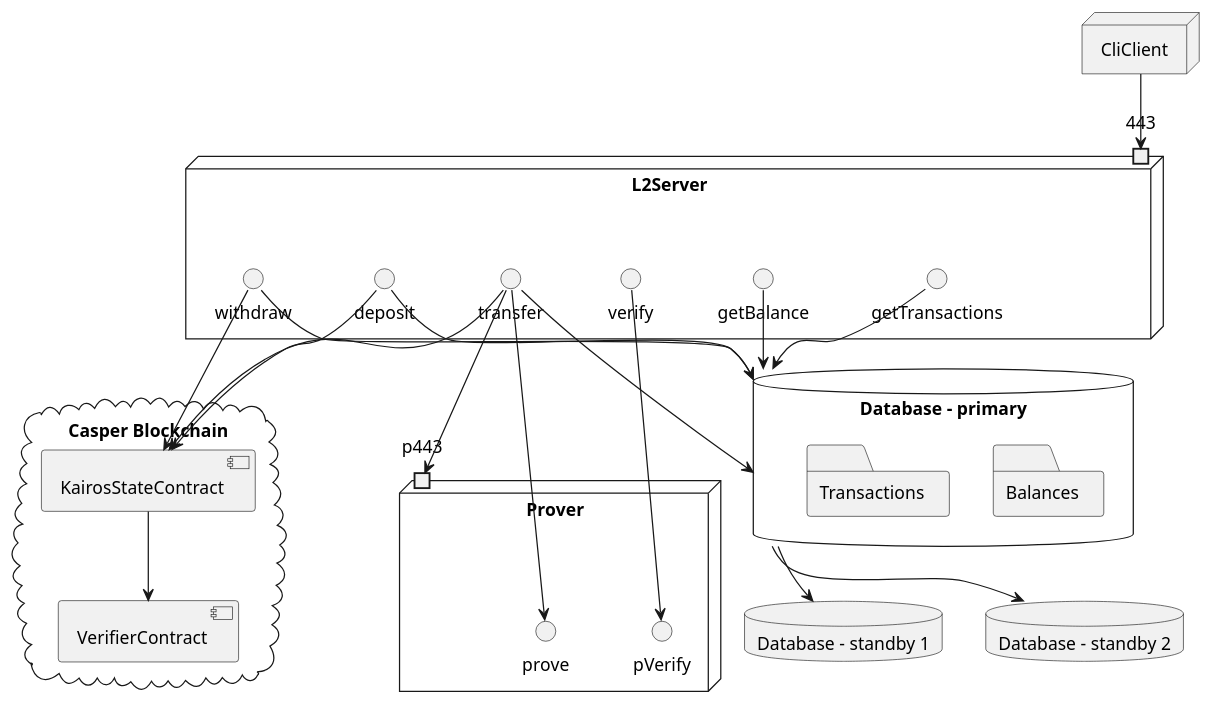
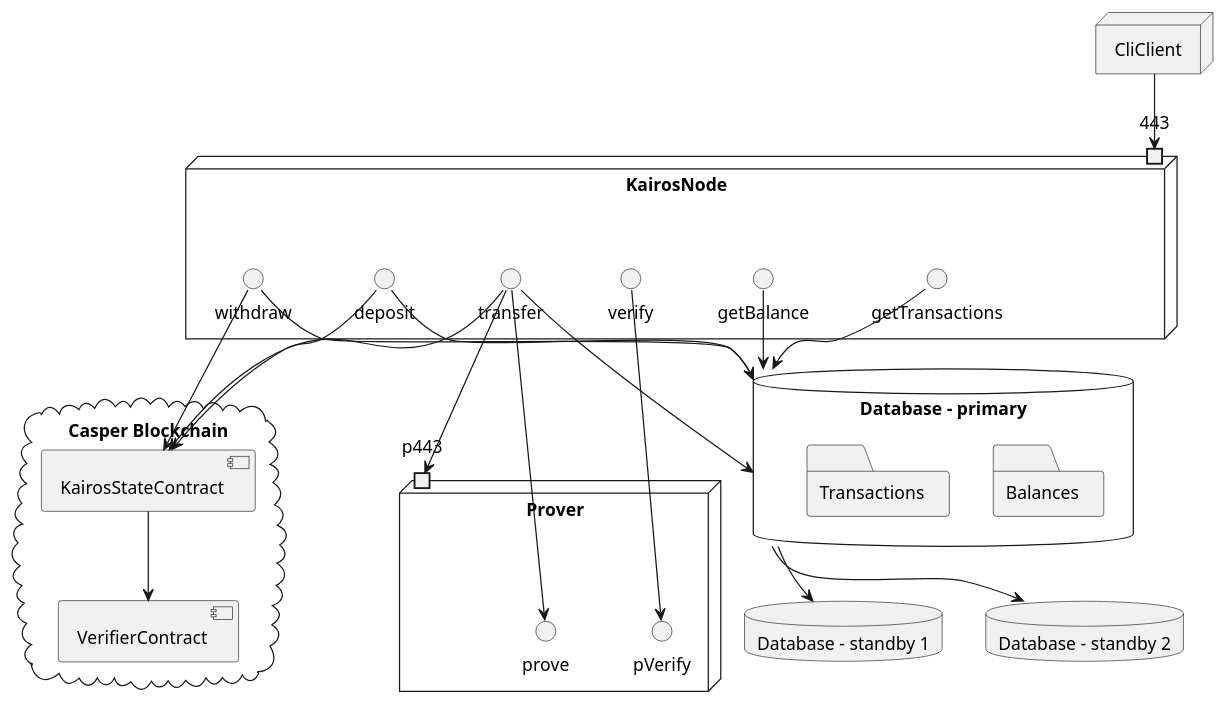
The diagram in diagrams/components_diagram.puml (cspr-rad/kairos-spec), drawn with PlantUML before and after one commit.

Commit message:
diagrams: update components diagram

```diff
--- a/diagrams/components_diagram.puml
+++ b/diagrams/components_diagram.puml
@@ -1,60 +1,60 @@
 @startuml
 node "CliClient" {
 }
 
-node "L2Server" {
+node "KairosNode" {
   port 443
   () "deposit"
   () "withdraw"
   () "transfer"
   () "verify"
   () "getBalance"
   () "getTransactions"
 }
 
 node "Prover" {
   port p443
   () "prove"
   () "pVerify"
 }
 
 database "Database - primary" {
   folder "Balances" {
   }
   folder "Transactions" {
   }
 }
 database "Database - standby 1" {
 }
 database "Database - standby 2" {
 }
 cloud "Casper Blockchain" {
   [VerifierContract]
   [KairosStateContract]
 }
 
 "CliClient" --> "443"
 
 "transfer" --> "p443"
 "transfer"  --> "prove"
 "transfer"  --> "Database - primary"
 "transfer"  --> "KairosStateContract"
 
 
 "deposit"  --> "KairosStateContract"
 "deposit"  --> "Database - primary"
 
 "withdraw"  --> "KairosStateContract"
 "withdraw"  --> "Database - primary"
 
 "verify" --> "pVerify"
 
 "getBalance"  --> "Database - primary"
 
 "getTransactions"  --> "Database - primary"
 
 "Database - primary" --> "Database - standby 1"
 "Database - primary" --> "Database - standby 2"
 
 "KairosStateContract" --> "VerifierContract"
 @enduml
```
